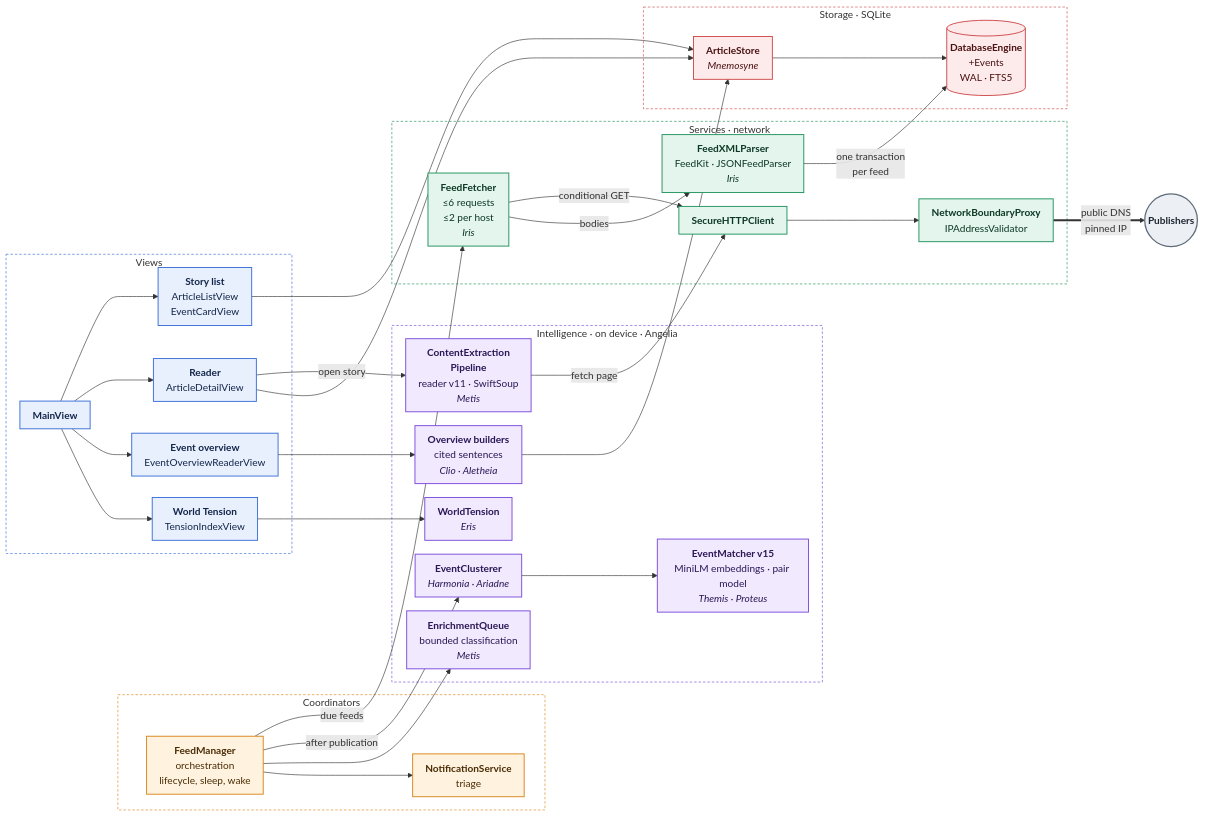
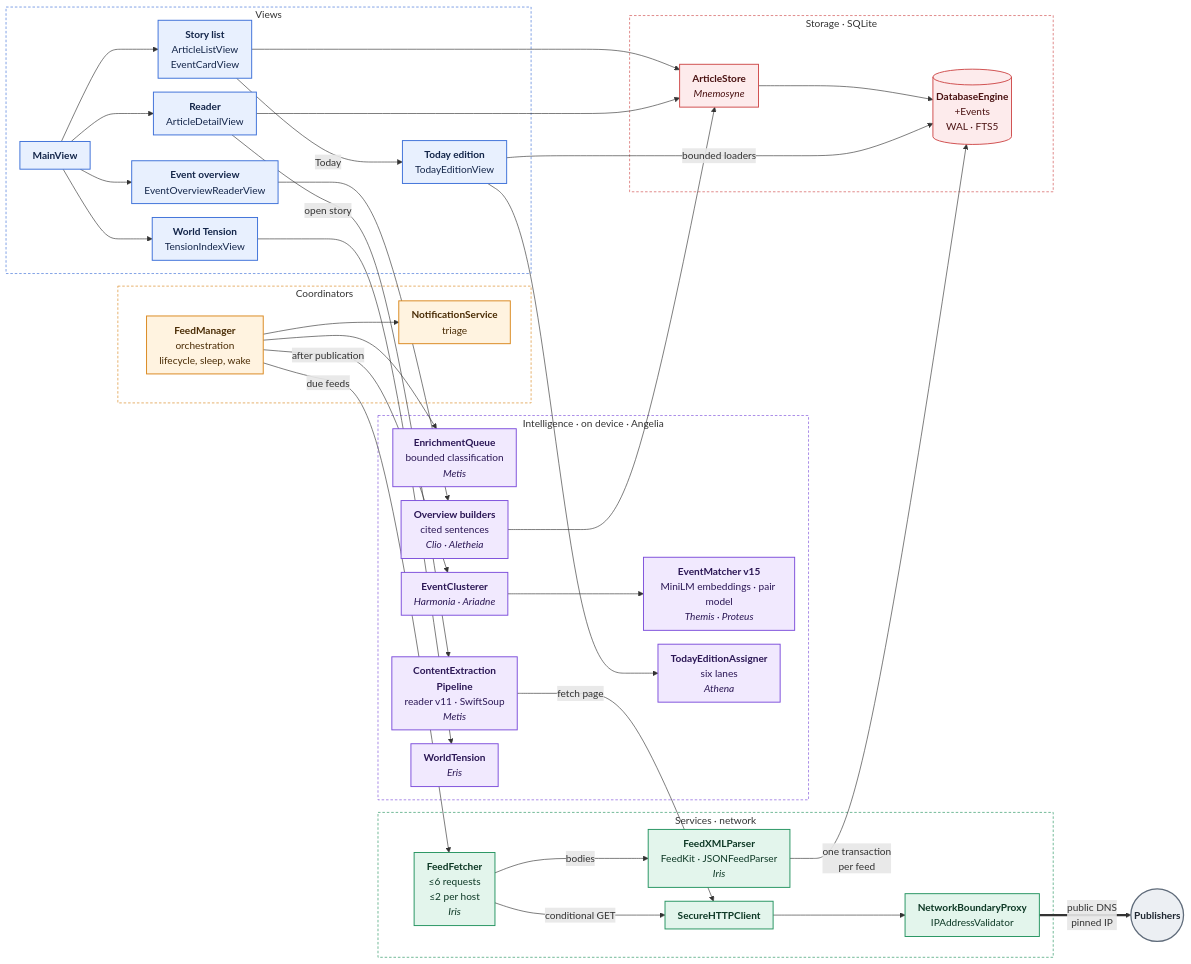
The first of 3 diagrams in docs/ARCHITECTURE.md (marspater/NewsApp-macOS), drawn with Mermaid before and after one commit. The commit also changed other lines of this file and 20 other files, not shown here.

````diff
--- a/docs/ARCHITECTURE.md
+++ b/docs/ARCHITECTURE.md
@@ -22,75 +22,80 @@
 ```mermaid
 %%{init: {"flowchart": {"curve": "basis", "nodeSpacing": 22, "rankSpacing": 44, "padding": 10}}}%%
 flowchart LR
     subgraph Coord["Coordinators"]
         FM["<b>FeedManager</b><br/>orchestration<br/>lifecycle, sleep, wake"]
         NS["<b>NotificationService</b><br/>triage"]
     end
 
     subgraph UI["Views"]
         Main["<b>MainView</b>"]
         List["<b>Story list</b><br/>ArticleListView<br/>EventCardView"]
         Reader["<b>Reader</b><br/>ArticleDetailView"]
         Overview["<b>Event overview</b><br/>EventOverviewReaderView"]
         Tension["<b>World Tension</b><br/>TensionIndexView"]
+        Today["<b>Today edition</b><br/>TodayEditionView"]
     end
 
     subgraph Intel["Intelligence · on device · Angelia"]
         EQ["<b>EnrichmentQueue</b><br/>bounded classification<br/><i>Metis</i>"]
         EC["<b>EventClusterer</b><br/><i>Harmonia · Ariadne</i>"]
         EM["<b>EventMatcher v15</b><br/>MiniLM embeddings · pair model<br/><i>Themis · Proteus</i>"]
         CEP["<b>ContentExtraction<br/>Pipeline</b><br/>reader v11 · SwiftSoup<br/><i>Metis</i>"]
         OV["<b>Overview builders</b><br/>cited sentences<br/><i>Clio · Aletheia</i>"]
         WT["<b>WorldTension</b><br/><i>Eris</i>"]
+        TE["<b>TodayEditionAssigner</b><br/>six lanes<br/><i>Athena</i>"]
     end
 
     subgraph Svc["Services · network"]
         FF["<b>FeedFetcher</b><br/>≤6 requests<br/>≤2 per host<br/><i>Iris</i>"]
         Parse["<b>FeedXMLParser</b><br/>FeedKit · JSONFeedParser<br/><i>Iris</i>"]
         HTTP["<b>SecureHTTPClient</b>"]
         GW["<b>NetworkBoundaryProxy</b><br/>IPAddressValidator"]
     end
 
     subgraph Store["Storage · SQLite"]
         AS["<b>ArticleStore</b><br/><i>Mnemosyne</i>"]
         DB[("<b>DatabaseEngine</b><br/>+Events<br/>WAL · FTS5")]
     end
 
     Net(("<b>Publishers</b>"))
 
     FM -->|due feeds| FF
     FM -->|after publication| EC
     FM --> EQ & NS
     EC --> EM
     FF -->|conditional GET| HTTP
     FF -->|bodies| Parse
     Parse -->|one transaction<br/>per feed| DB
     Main --> List & Reader & Overview & Tension
     Reader -->|open story| CEP
     CEP -->|fetch page| HTTP
     HTTP --> GW
     GW ==>|public DNS<br/>pinned IP| Net
     Overview --> OV
     OV --> AS
     List & Reader --> AS
     AS --> DB
     Tension --> WT
+    List -->|Today| Today
+    Today --> TE
+    Today -->|bounded loaders| DB
 
     classDef ui fill:#E8F0FE,stroke:#3B6FD8,stroke-width:1.5px,color:#14264A
     classDef coord fill:#FFF3E0,stroke:#D9861C,stroke-width:1.5px,color:#4A2C05
     classDef intel fill:#F1E9FE,stroke:#7C4DDB,stroke-width:1.5px,color:#2B1755
     classDef svc fill:#E3F5EC,stroke:#23935F,stroke-width:1.5px,color:#0D3825
     classDef store fill:#FDEBEC,stroke:#CF4A4A,stroke-width:1.5px,color:#4A1212
     classDef ext fill:#ECEFF3,stroke:#5F6B7A,stroke-width:2px,color:#1E2630
-    class Main,List,Reader,Overview,Tension ui
+    class Main,List,Reader,Overview,Tension,Today ui
     class FM,NS coord
-    class CEP,EQ,EC,EM,OV,WT intel
+    class CEP,EQ,EC,EM,OV,WT,TE intel
     class FF,Parse,HTTP,GW svc
     class AS,DB store
     class Net ext
     style UI fill:none,stroke:#3B6FD8,stroke-dasharray:4 3
     style Coord fill:none,stroke:#D9861C,stroke-dasharray:4 3
     style Intel fill:none,stroke:#7C4DDB,stroke-dasharray:4 3
     style Svc fill:none,stroke:#23935F,stroke-dasharray:4 3
     style Store fill:none,stroke:#CF4A4A,stroke-dasharray:4 3
 ```
````
